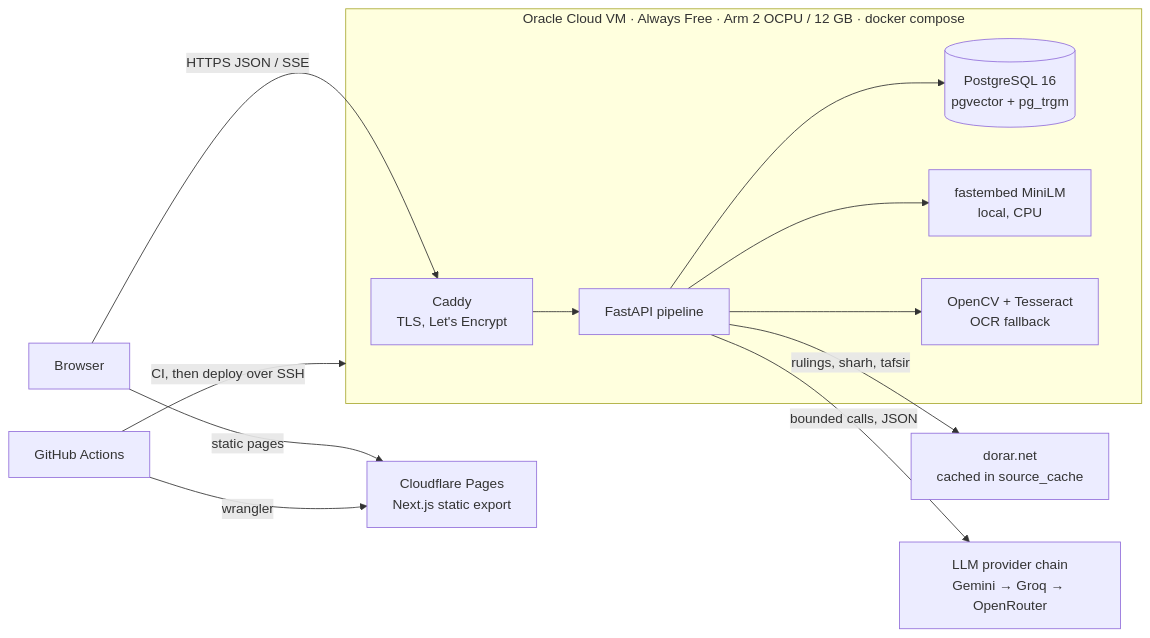
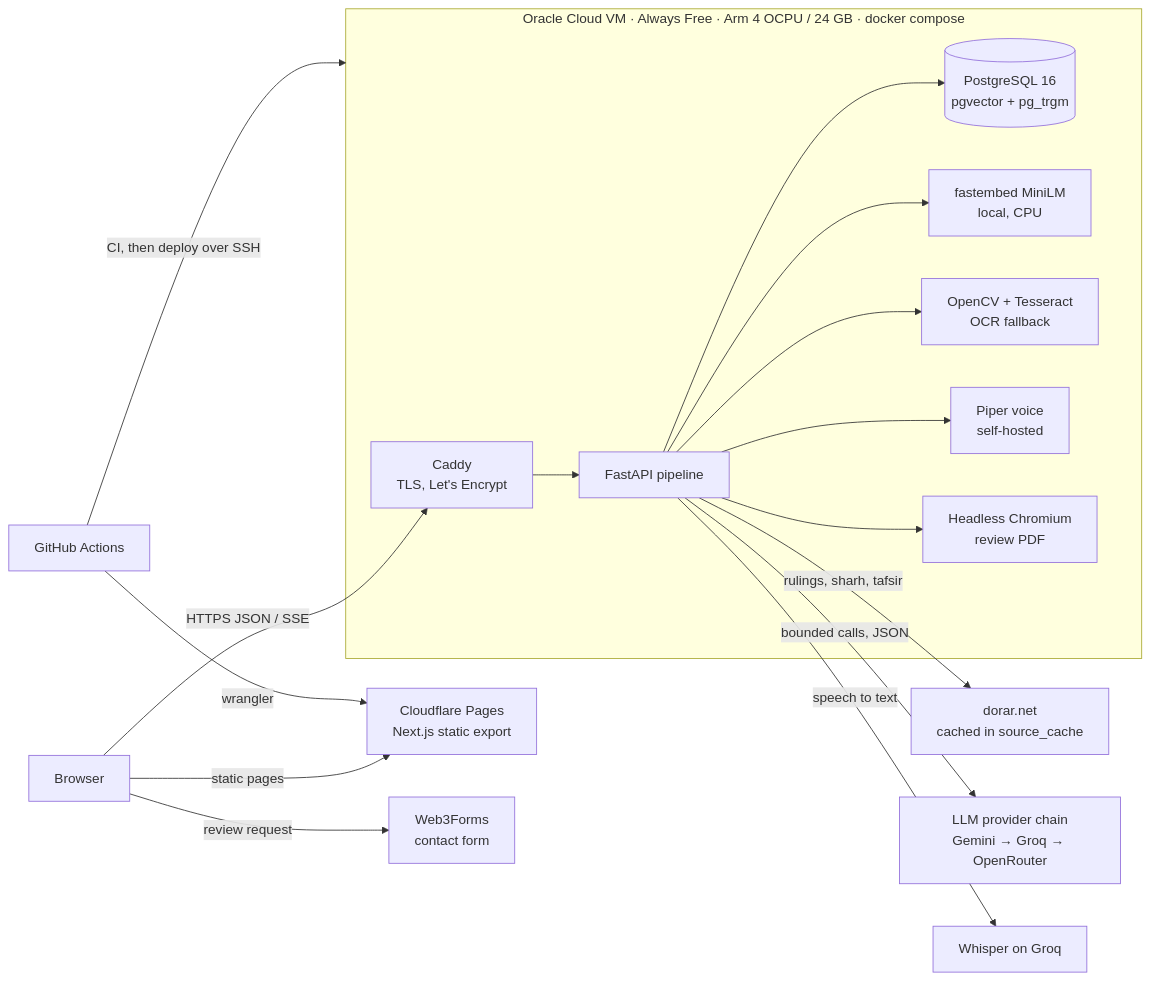
Before and after one commit to amribrahim/tahaqqaq: the diagram in TECHNICAL.md, drawn with Mermaid. The commit also changed other lines of this file and 4 other files, not shown here.

````diff
--- a/TECHNICAL.md
+++ b/TECHNICAL.md
@@ -45,15 +46,19 @@
 ```mermaid
 flowchart LR
   U[Browser] -->|static pages| CF[Cloudflare Pages<br/>Next.js static export]
   U -->|HTTPS JSON / SSE| CA[Caddy<br/>TLS, Let's Encrypt]
-  subgraph VM[Oracle Cloud VM · Always Free · Arm 2 OCPU / 12 GB · docker compose]
+  subgraph VM[Oracle Cloud VM · Always Free · Arm 4 OCPU / 24 GB · docker compose]
     CA --> API[FastAPI pipeline]
     API --> PG[(PostgreSQL 16<br/>pgvector + pg_trgm)]
     API --> EMB[fastembed MiniLM<br/>local, CPU]
     API --> OCR[OpenCV + Tesseract<br/>OCR fallback]
+    API --> TTS[Piper voice<br/>self-hosted]
+    API --> PDF[Headless Chromium<br/>review PDF]
   end
   API -->|rulings, sharh, tafsir| DORAR[dorar.net<br/>cached in source_cache]
   API -->|bounded calls, JSON| LLM[LLM provider chain<br/>Gemini → Groq → OpenRouter]
+  API -->|speech to text| STT[Whisper on Groq]
+  U -->|review request| W3F[Web3Forms<br/>contact form]
   GH[GitHub Actions] -->|CI, then deploy over SSH| VM
   GH -->|wrangler| CF
 ```
````
